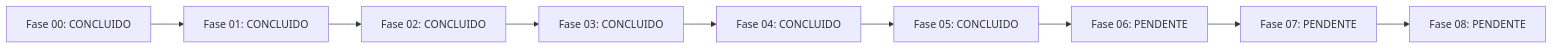
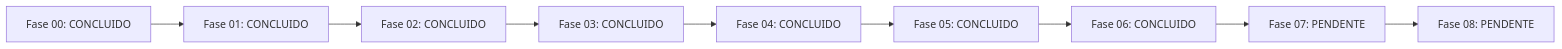
Before and after one commit to jhsfhtls/semantic-bi-nl2sql-gateway: the diagram in JORNADA_IMPLEMENTACAO.md, drawn with Mermaid. The commit also changed other lines of this file and 13 other files, not shown here.

````diff
--- a/JORNADA_IMPLEMENTACAO.md
+++ b/JORNADA_IMPLEMENTACAO.md
@@ -19,20 +19,20 @@
 ```mermaid
 flowchart LR
     F00["Fase 00: CONCLUIDO"]
     F01["Fase 01: CONCLUIDO"]
     F00 --> F01
     F02["Fase 02: CONCLUIDO"]
     F01 --> F02
     F03["Fase 03: CONCLUIDO"]
     F02 --> F03
     F04["Fase 04: CONCLUIDO"]
     F03 --> F04
     F05["Fase 05: CONCLUIDO"]
     F04 --> F05
-    F06["Fase 06: PENDENTE"]
+    F06["Fase 06: CONCLUIDO"]
     F05 --> F06
     F07["Fase 07: PENDENTE"]
     F06 --> F07
     F08["Fase 08: PENDENTE"]
     F07 --> F08
 ```
````
